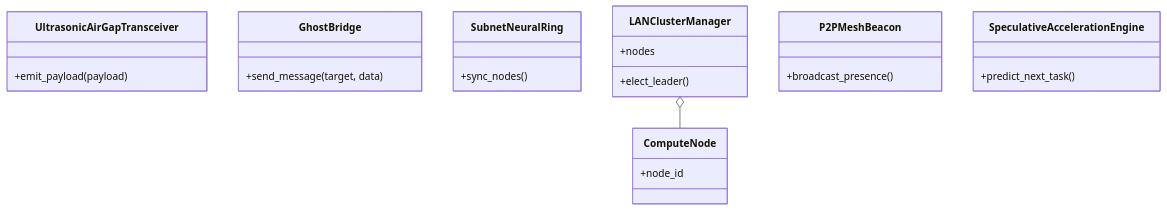
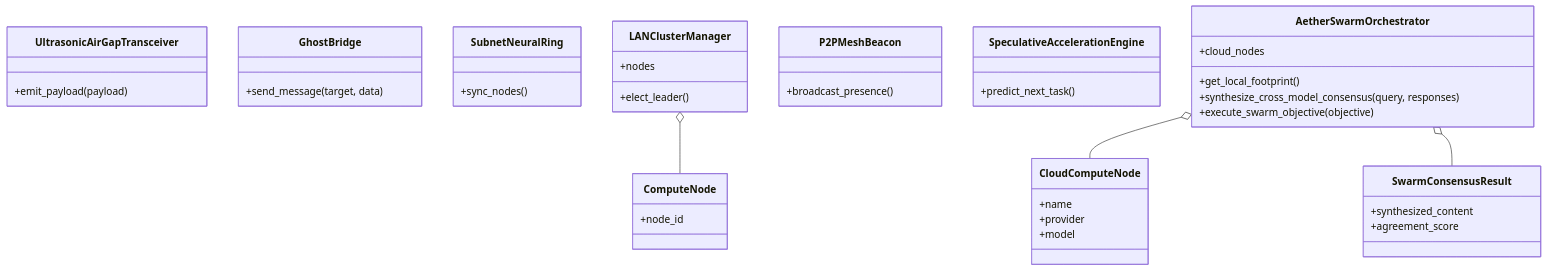
Before and after one commit to SAGBO4/FreeAi: the diagram in docs/architecture/cluster/classes.md, drawn with Mermaid. The commit also changed 11 other files, not shown here.

Commit message:
feat(multimodal): deliver aether-swarm cloud offload, multimodal vision, and quiet audio mode

````diff
--- a/docs/architecture/cluster/classes.md
+++ b/docs/architecture/cluster/classes.md
@@ -3,27 +3,44 @@
 ```mermaid
 classDiagram
 %% source: app/cluster
 class UltrasonicAirGapTransceiver {
   +emit_payload(payload)
 }
 class GhostBridge {
   +send_message(target, data)
 }
 class SubnetNeuralRing {
   +sync_nodes()
 }
 class ComputeNode {
   +node_id
 }
 class LANClusterManager {
   +nodes
   +elect_leader()
 }
 class P2PMeshBeacon {
   +broadcast_presence()
 }
 class SpeculativeAccelerationEngine {
   +predict_next_task()
 }
+class CloudComputeNode {
+  +name
+  +provider
+  +model
+}
+class SwarmConsensusResult {
+  +synthesized_content
+  +agreement_score
+}
+class AetherSwarmOrchestrator {
+  +cloud_nodes
+  +get_local_footprint()
+  +synthesize_cross_model_consensus(query, responses)
+  +execute_swarm_objective(objective)
+}
 LANClusterManager o-- ComputeNode
+AetherSwarmOrchestrator o-- CloudComputeNode
+AetherSwarmOrchestrator o-- SwarmConsensusResult
 ```
````
